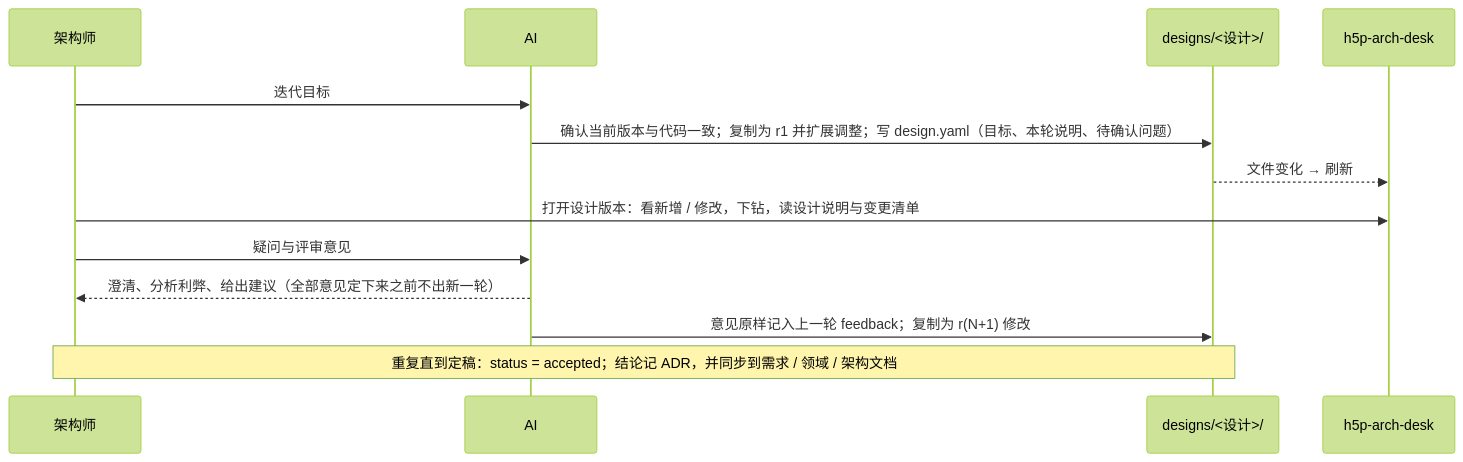
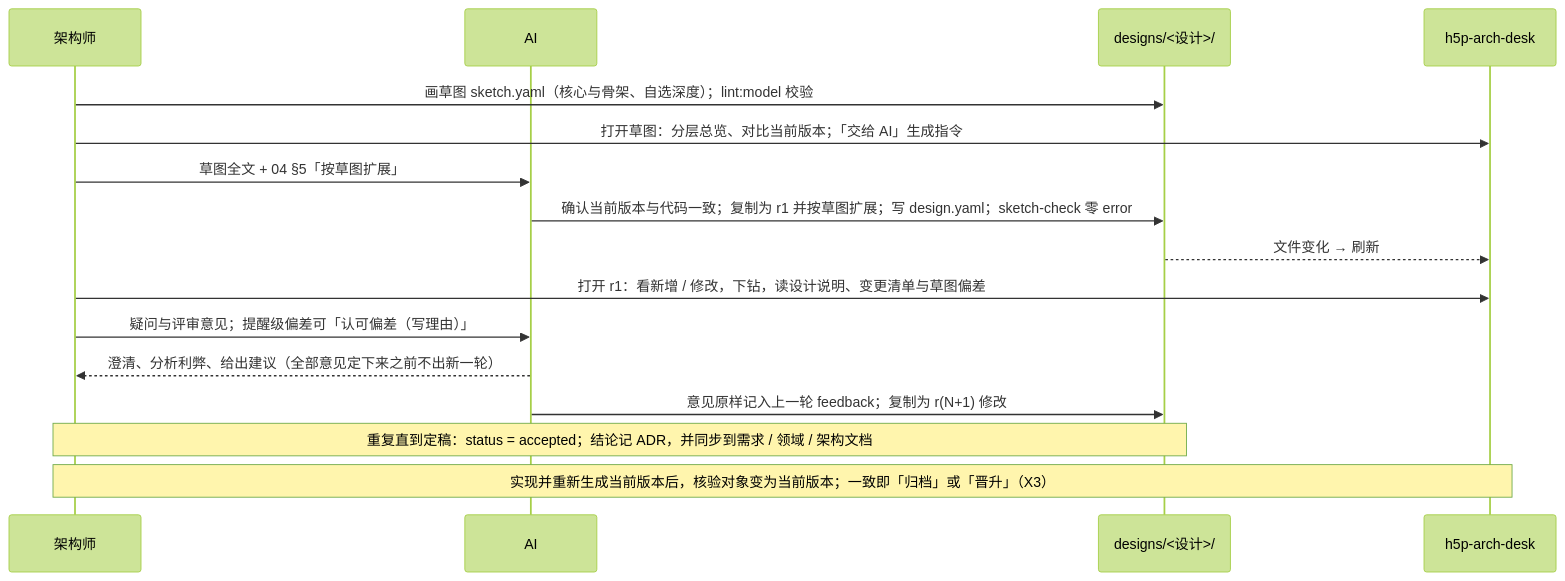
One commit to bulengjianghu/archdeck changed the diagram in docs/architecture/loading-and-versions.md. Above: the diagram before and after it, drawn with Mermaid (forest theme). The commit also changed other lines of this file and 6 other files, not shown here.

Commit message:
docs(h5p-arch-desk): 草图作为意图载体——需求 SK 组与 DV 改写、概念 §1.8 与规则 X1–X8 / B6（议）、模块表加「意图」、04 拥有者表与「草图 + 轮次」流程、按草图扩展与 ID 纪律；专题各加一节（待实现，ADR-0023）

````diff
--- a/docs/architecture/loading-and-versions.md
+++ b/docs/architecture/loading-and-versions.md
@@ -82,16 +86,19 @@
 ```mermaid
 sequenceDiagram
     participant A as 架构师
     participant AI as AI
     participant F as designs/<设计>/
     participant UI as h5p-arch-desk
 
-    A->>AI: 迭代目标
-    AI->>F: 确认当前版本与代码一致；复制为 r1 并扩展调整；写 design.yaml（目标、本轮说明、待确认问题）
+    A->>F: 画草图 sketch.yaml（核心与骨架、自选深度）；lint:model 校验
+    A->>UI: 打开草图：分层总览、对比当前版本；「交给 AI」生成指令
+    A->>AI: 草图全文 + 04 §5「按草图扩展」
+    AI->>F: 确认当前版本与代码一致；复制为 r1 并按草图扩展；写 design.yaml；sketch-check 零 error
     F-->>UI: 文件变化 → 刷新
-    A->>UI: 打开设计版本：看新增 / 修改，下钻，读设计说明与变更清单
-    A->>AI: 疑问与评审意见
+    A->>UI: 打开 r1：看新增 / 修改，下钻，读设计说明、变更清单与草图偏差
+    A->>AI: 疑问与评审意见；提醒级偏差可「认可偏差（写理由）」
     AI-->>A: 澄清、分析利弊、给出建议（全部意见定下来之前不出新一轮）
     AI->>F: 意见原样记入上一轮 feedback；复制为 r(N+1) 修改
     Note over A,F: 重复直到定稿：status = accepted；结论记 ADR，并同步到需求 / 领域 / 架构文档
+    Note over A,UI: 实现并重新生成当前版本后，核验对象变为当前版本；一致即「归档」或「晋升」（X3）
 ```
````
